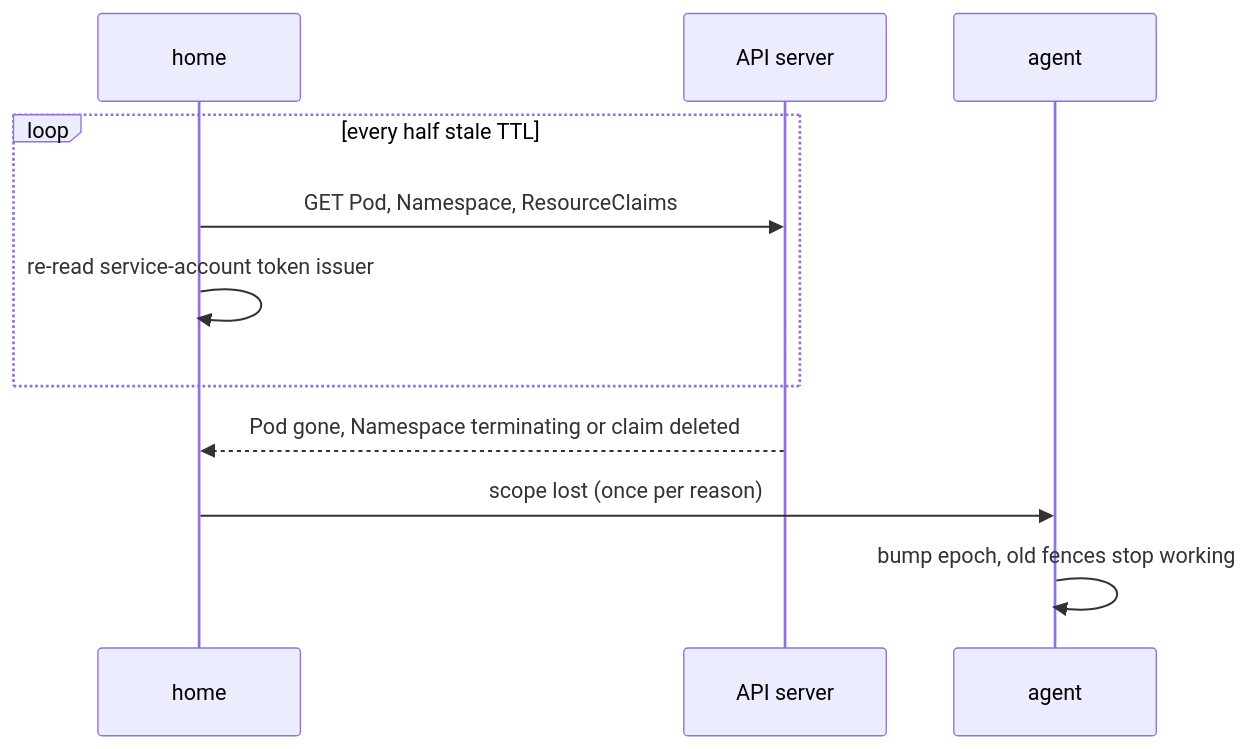
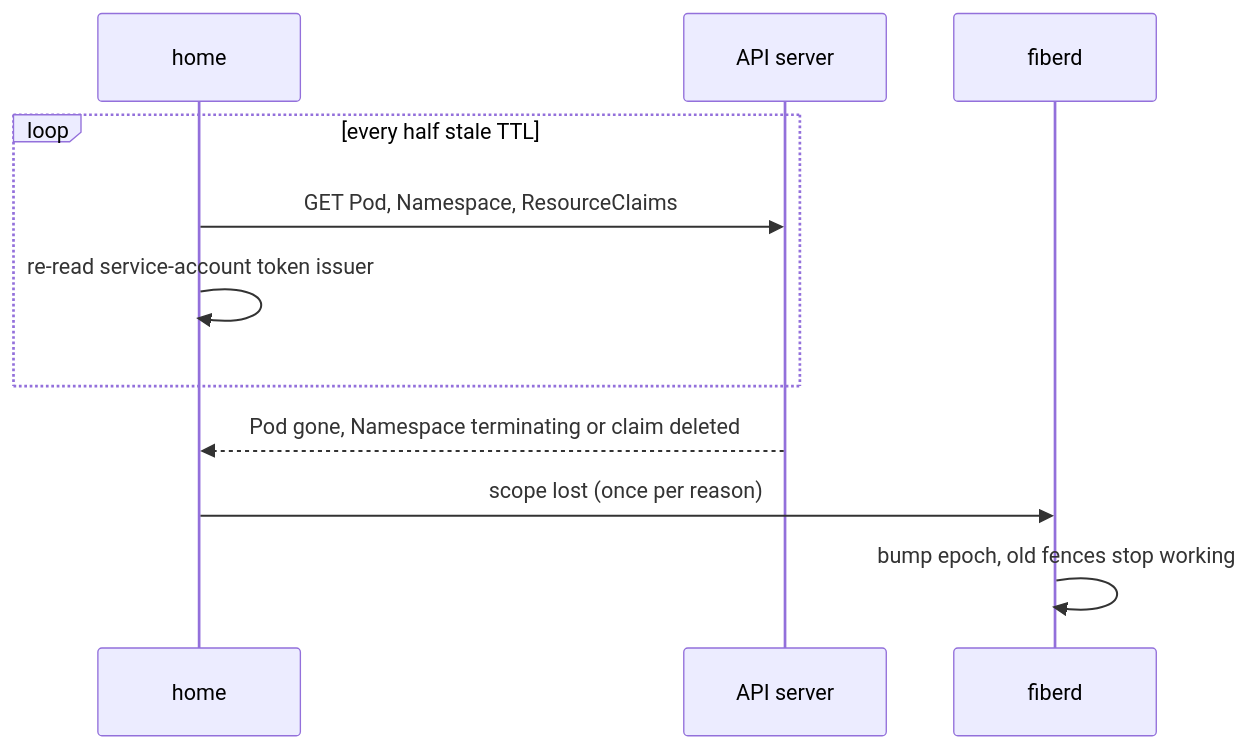
The second of 2 diagrams in docs/design/kubernetes.md (helayoty/fiberd), drawn with Mermaid before and after one commit. The commit also changed other lines of this file and 286 other files, not shown here.

````diff
--- a/docs/design/kubernetes.md
+++ b/docs/design/kubernetes.md
@@ -41,13 +41,13 @@
 ```mermaid
 sequenceDiagram
   participant H as home
   participant API as API server
-  participant A as agent
+  participant A as fiberd
   loop every half stale TTL
     H->>API: GET Pod, Namespace, ResourceClaims
     H->>H: re-read service-account token issuer
   end
   API-->>H: Pod gone, Namespace terminating or claim deleted
   H->>A: scope lost (once per reason)
   A->>A: bump epoch, old fences stop working
 ```
````
